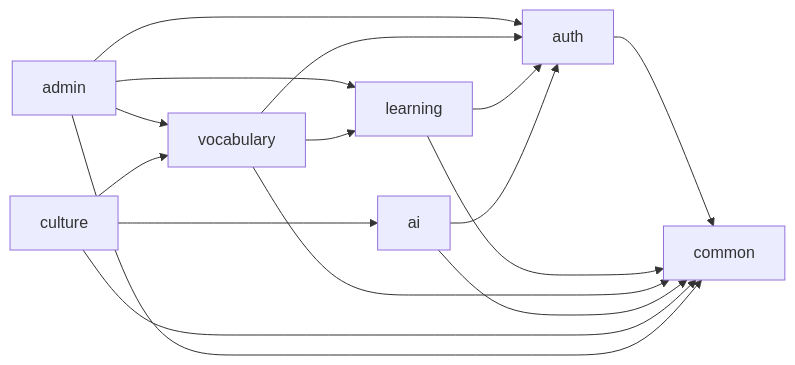
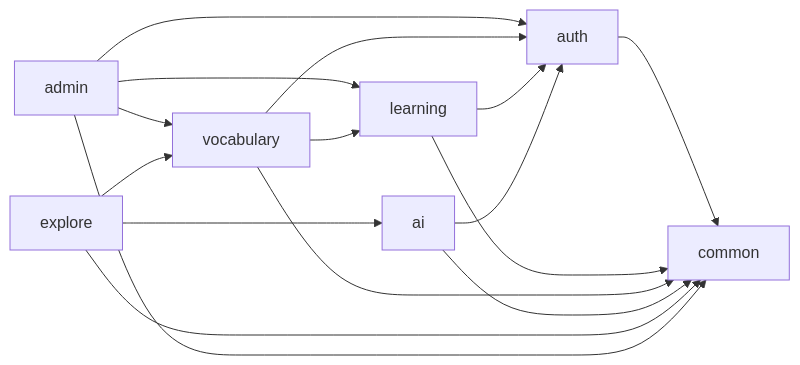
The diagram in docs/ARCHITECTURE.md (nguyennn0411/holavietnamese-be), drawn with Mermaid before and after one commit. The commit also changed other lines of this file and 51 other files, not shown here.

````diff
--- a/docs/ARCHITECTURE.md
+++ b/docs/ARCHITECTURE.md
@@ -37,18 +35,18 @@
 ```mermaid
 flowchart LR
     Admin[admin] --> Vocabulary[vocabulary]
     Admin --> Learning[learning]
     Admin --> Auth[auth]
-    Culture[culture] --> AI[ai]
-    Culture --> Vocabulary
+    Explore[explore] --> AI[ai]
+    Explore --> Vocabulary
     Vocabulary --> Learning
     Vocabulary --> Auth
     Learning --> Auth
     AI --> Auth
     Auth --> Common[common]
     Learning --> Common
     Vocabulary --> Common
     AI --> Common
-    Culture --> Common
+    Explore --> Common
     Admin --> Common
 ```
````
